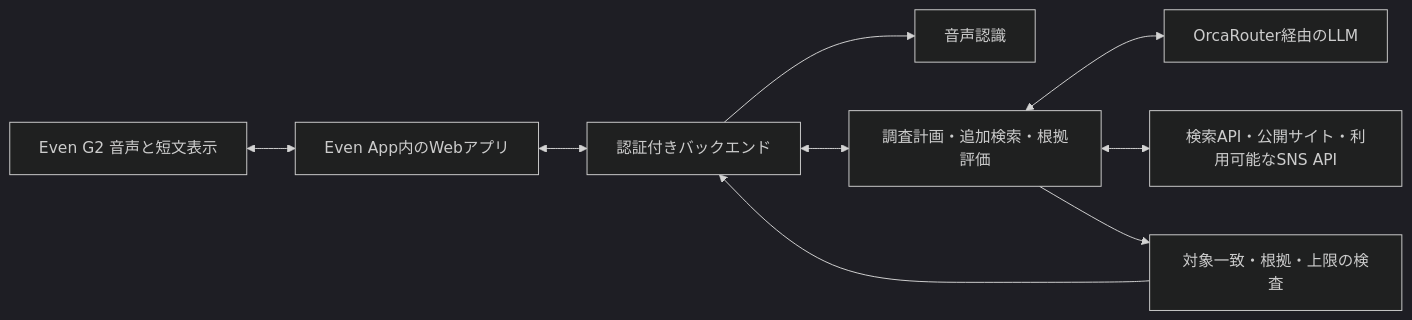
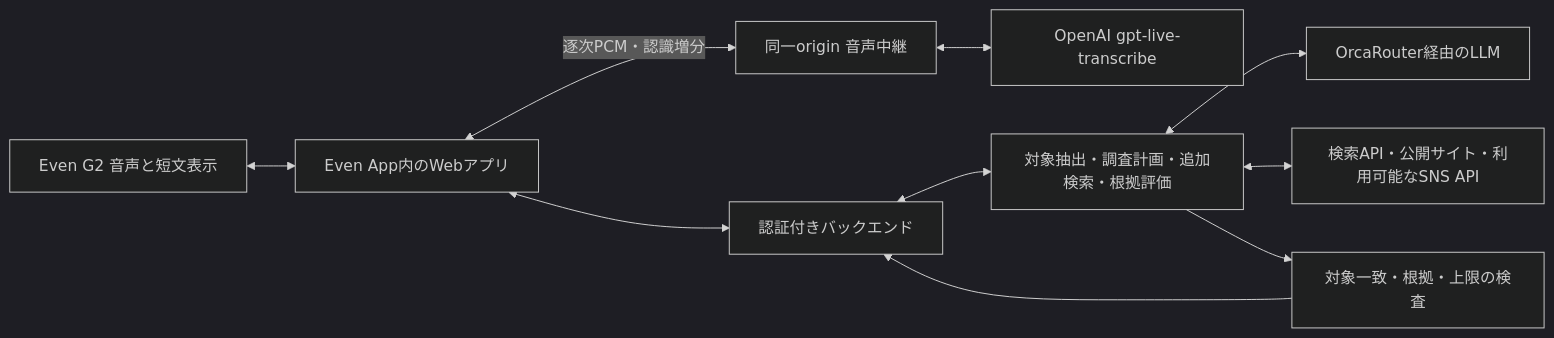
Before and after one commit to ima-work-git/ai-hack-agent: the diagram in docs/specs/02_AGENT_DESIGN.md, drawn with Mermaid (dark theme). The commit also changed other lines of this file and 50 other files, not shown here.

````diff
--- a/docs/specs/02_AGENT_DESIGN.md
+++ b/docs/specs/02_AGENT_DESIGN.md
@@ -7,11 +7,12 @@
 ```mermaid
 flowchart LR
   G2[Even G2 音声と短文表示] <--> APP[Even App内のWebアプリ]
   APP <--> API[認証付きバックエンド]
-  API --> STT[音声認識]
-  API <--> AGENT[調査計画・追加検索・根拠評価]
+  APP <-->|逐次PCM・認識増分| RELAY[同一origin 音声中継]
+  RELAY <--> STT[OpenAI gpt-live-transcribe]
+  API <--> AGENT[対象抽出・調査計画・追加検索・根拠評価]
   AGENT <--> LLM[OrcaRouter経由のLLM]
   AGENT <--> WEB[検索API・公開サイト・利用可能なSNS API]
   AGENT --> VERIFY[対象一致・根拠・上限の検査]
   VERIFY --> API
 ```
````
